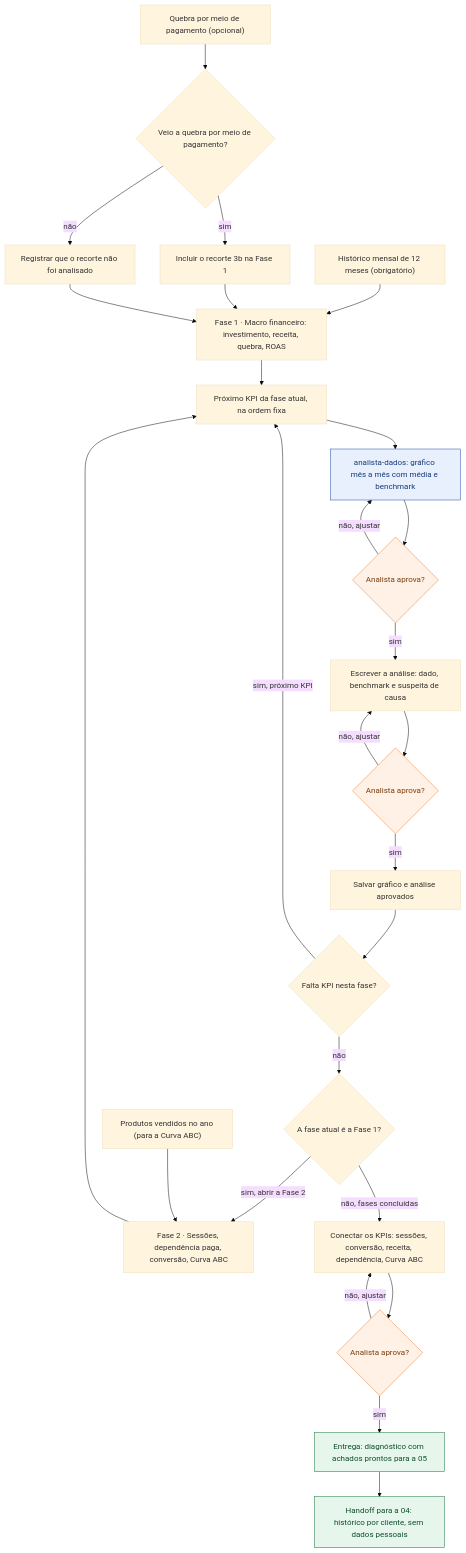
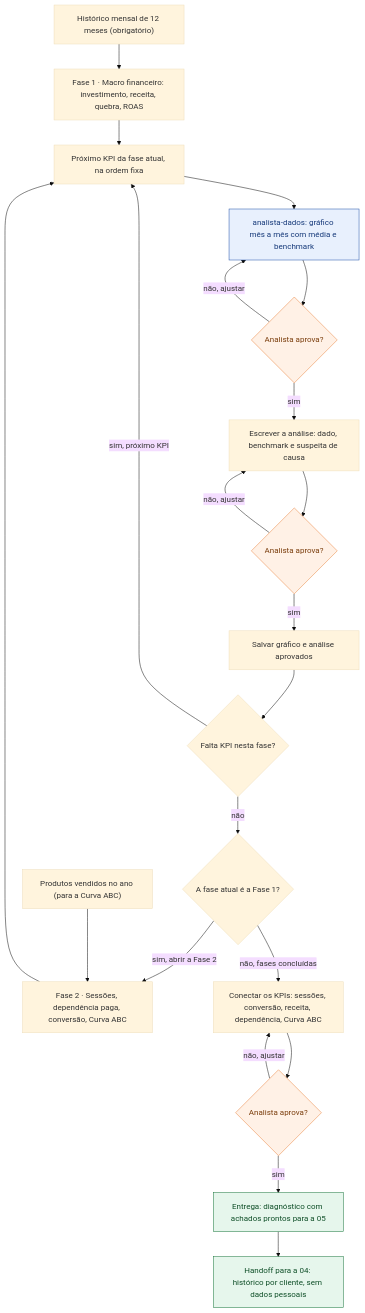
One commit to MatheusBoomer/growth-cycle-boomer changed the diagram in .claude/skills/03-diagnostico-performance/fluxo.mmd. Above: the diagram before and after it, drawn with Mermaid (base theme). The commit also changed 15 other files, not shown here.

First line of the commit message:
feat(web): card "O que esperar" nas etapas e sem upload de quebra por pagamento (modo dev #18 a #26)

```diff
--- a/.claude/skills/03-diagnostico-performance/fluxo.mmd
+++ b/.claude/skills/03-diagnostico-performance/fluxo.mmd
@@ -1,54 +1,45 @@
 flowchart TD
   I1["Histórico mensal de 12 meses (obrigatório)"]
   I2["Produtos vendidos no ano (para a Curva ABC)"]
-  I3["Quebra por meio de pagamento (opcional)"]
-  D1{"Veio a quebra por meio de pagamento?"}
-  Q1["Incluir o recorte 3b na Fase 1"]
-  Q2["Registrar que o recorte não foi analisado"]
   F1["Fase 1 · Macro financeiro: investimento, receita, quebra, ROAS"]
   F2["Fase 2 · Sessões, dependência paga, conversão, Curva ABC"]
   K1["Próximo KPI da fase atual, na ordem fixa"]
   S1["analista-dados: gráfico mês a mês com média e benchmark"]
   C1{"Analista aprova?"}
   A1["Escrever a análise: dado, benchmark e suspeita de causa"]
   C2{"Analista aprova?"}
   G1["Salvar gráfico e análise aprovados"]
   D2{"Falta KPI nesta fase?"}
   D3{"A fase atual é a Fase 1?"}
   P1["Conectar os KPIs: sessões, conversão, receita, dependência, Curva ABC"]
   C3{"Analista aprova?"}
   E1["Entrega: diagnóstico com achados prontos para a 05"]
   H1["Handoff para a 04: histórico por cliente, sem dados pessoais"]
 
-  I3 --> D1
-  D1 -->|"sim"| Q1
-  D1 -->|"não"| Q2
   I1 --> F1
-  Q1 --> F1
-  Q2 --> F1
   F1 --> K1
   K1 --> S1
   S1 --> C1
   C1 -->|"sim"| A1
   C1 -->|"não, ajustar"| S1
   A1 --> C2
   C2 -->|"sim"| G1
   C2 -->|"não, ajustar"| A1
   G1 --> D2
   D2 -->|"sim, próximo KPI"| K1
   D2 -->|"não"| D3
   D3 -->|"sim, abrir a Fase 2"| F2
   I2 --> F2
   F2 --> K1
   D3 -->|"não, fases concluídas"| P1
   P1 --> C3
   C3 -->|"sim"| E1
   C3 -->|"não, ajustar"| P1
   E1 --> H1
 
   class C1,C2,C3 checkpoint
   class S1 subagente
   class E1,H1 entrega
   classDef checkpoint fill:#fff1e6,stroke:#e8803a,color:#7a3d0c
   classDef subagente fill:#e8f0fd,stroke:#1f4fa8,color:#173a7a
   classDef entrega fill:#e6f6ec,stroke:#16743b,color:#0f4f28
```
